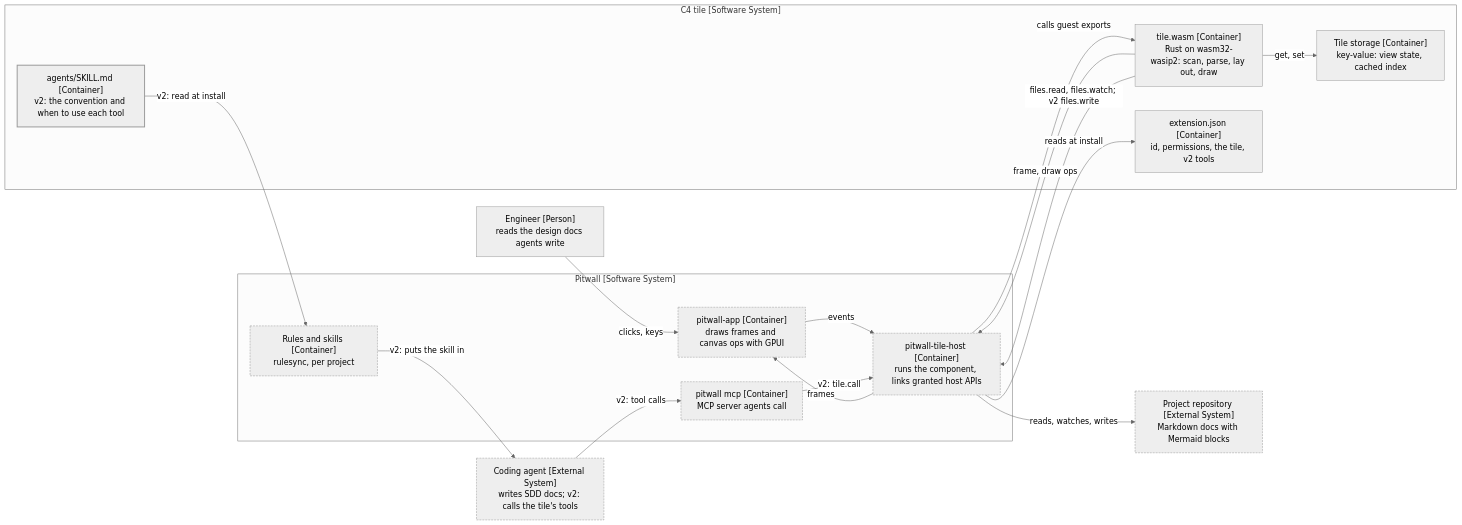
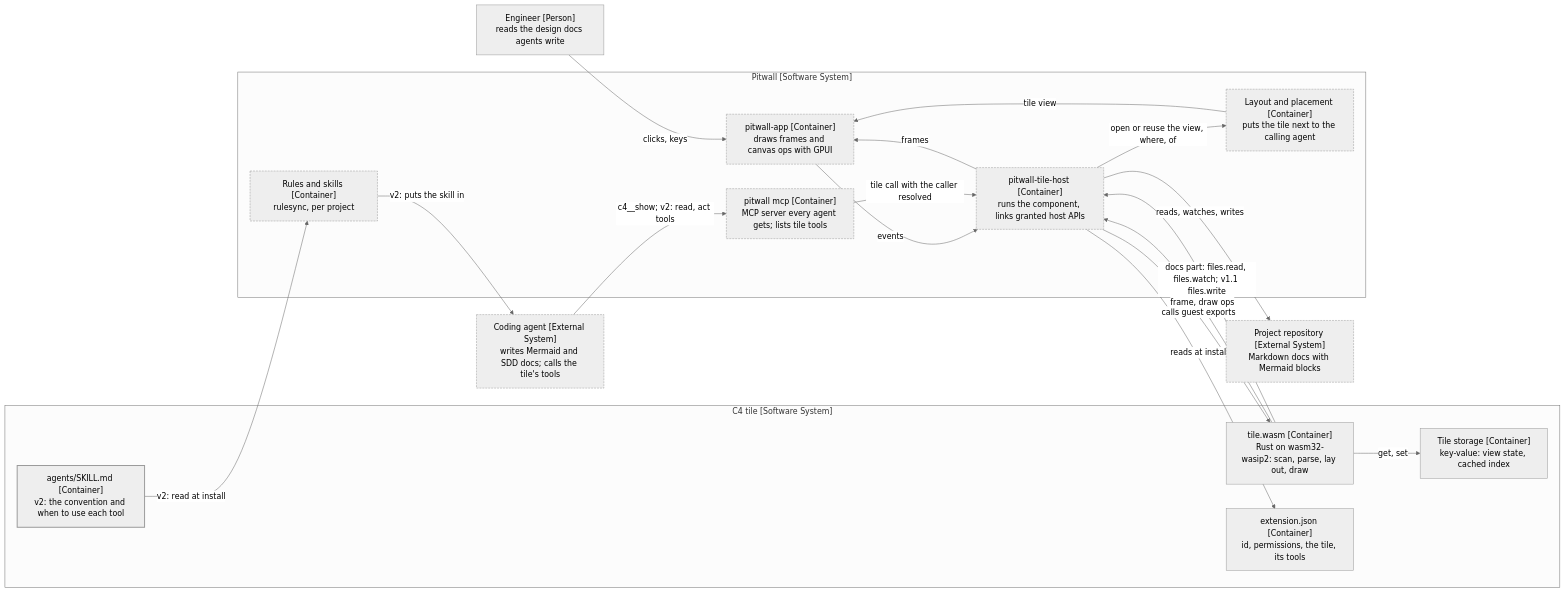
The second of 6 diagrams in docs/spec/2026-11-27-c4-tile/hla.md (AleksandreJavakhishvili/pitwall), drawn with Mermaid (neutral theme) before and after one commit. The commit also changed other lines of this file and 8 other files, not shown here.

Commit message:
docs: let agents show c4 diagrams and open any tile in phase 2

````diff
--- a/docs/spec/2026-11-27-c4-tile/hla.md
+++ b/docs/spec/2026-11-27-c4-tile/hla.md
@@ -49,35 +53,38 @@
 ```mermaid
 flowchart LR
   engineer["Engineer [Person]<br/>reads the design docs agents write"]
   subgraph c4b["C4 tile [Software System]"]
     wasm["tile.wasm [Container]<br/>Rust on wasm32-wasip2: scan, parse, lay out, draw"]
-    manifest["extension.json [Container]<br/>id, permissions, the tile, v2 tools"]
+    manifest["extension.json [Container]<br/>id, permissions, the tile, its tools"]
     skill["agents/SKILL.md [Container]<br/>v2: the convention and when to use each tool"]
     store["Tile storage [Container]<br/>key-value: view state, cached index"]
   end
   subgraph pw["Pitwall [Software System]"]
     host["pitwall-tile-host [Container]<br/>runs the component, links granted host APIs"]
     app["pitwall-app [Container]<br/>draws frames and canvas ops with GPUI"]
-    mcp["pitwall mcp [Container]<br/>MCP server agents call"]
+    mcp["pitwall mcp [Container]<br/>MCP server every agent gets; lists tile tools"]
+    layout["Layout and placement [Container]<br/>puts the tile next to the calling agent"]
     rules["Rules and skills [Container]<br/>rulesync, per project"]
   end
   repo["Project repository [External System]<br/>Markdown docs with Mermaid blocks"]
-  agent["Coding agent [External System]<br/>writes SDD docs; v2: calls the tile's tools"]
+  agent["Coding agent [External System]<br/>writes Mermaid and SDD docs; calls the tile's tools"]
   engineer -->|clicks, keys| app
   app -->|events| host
   host -->|calls guest exports| wasm
   wasm -->|frame, draw ops| host
   host -->|frames| app
   wasm -->|get, set| store
-  wasm -->|files.read, files.watch; v2 files.write| host
+  wasm -->|docs part: files.read, files.watch; v1.1 files.write| host
   host -->|reads, watches, writes| repo
   host -->|reads at install| manifest
-  agent -->|v2: tool calls| mcp
-  mcp -->|v2: tile.call| host
+  agent -->|c4__show; v2: read, act tools| mcp
+  mcp -->|tile call with the caller resolved| host
+  host -->|open or reuse the view, where, of| layout
+  layout -->|tile view| app
   rules -->|v2: puts the skill in| agent
   skill -->|v2: read at install| rules
   classDef new stroke-width:2px
   classDef external stroke-dasharray: 4 2
   class skill new
-  class host,app,mcp,rules,repo,agent external
+  class host,app,mcp,layout,rules,repo,agent external
 ```
````
